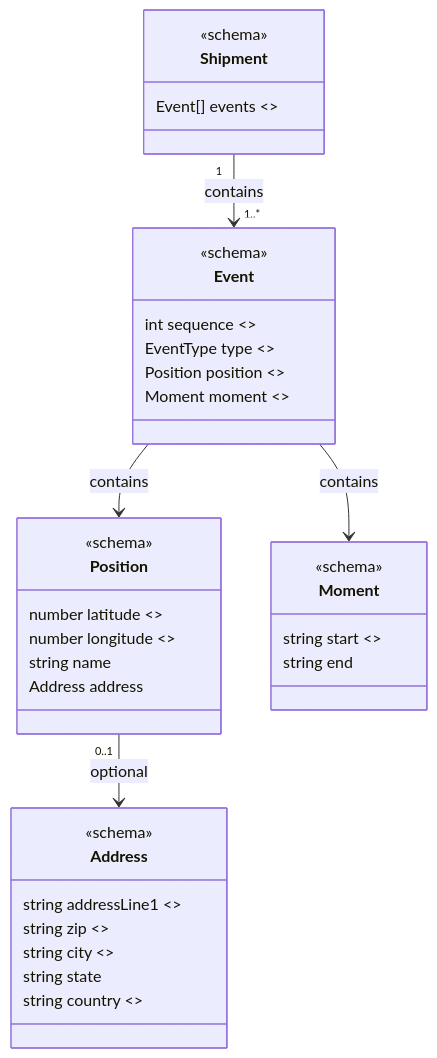
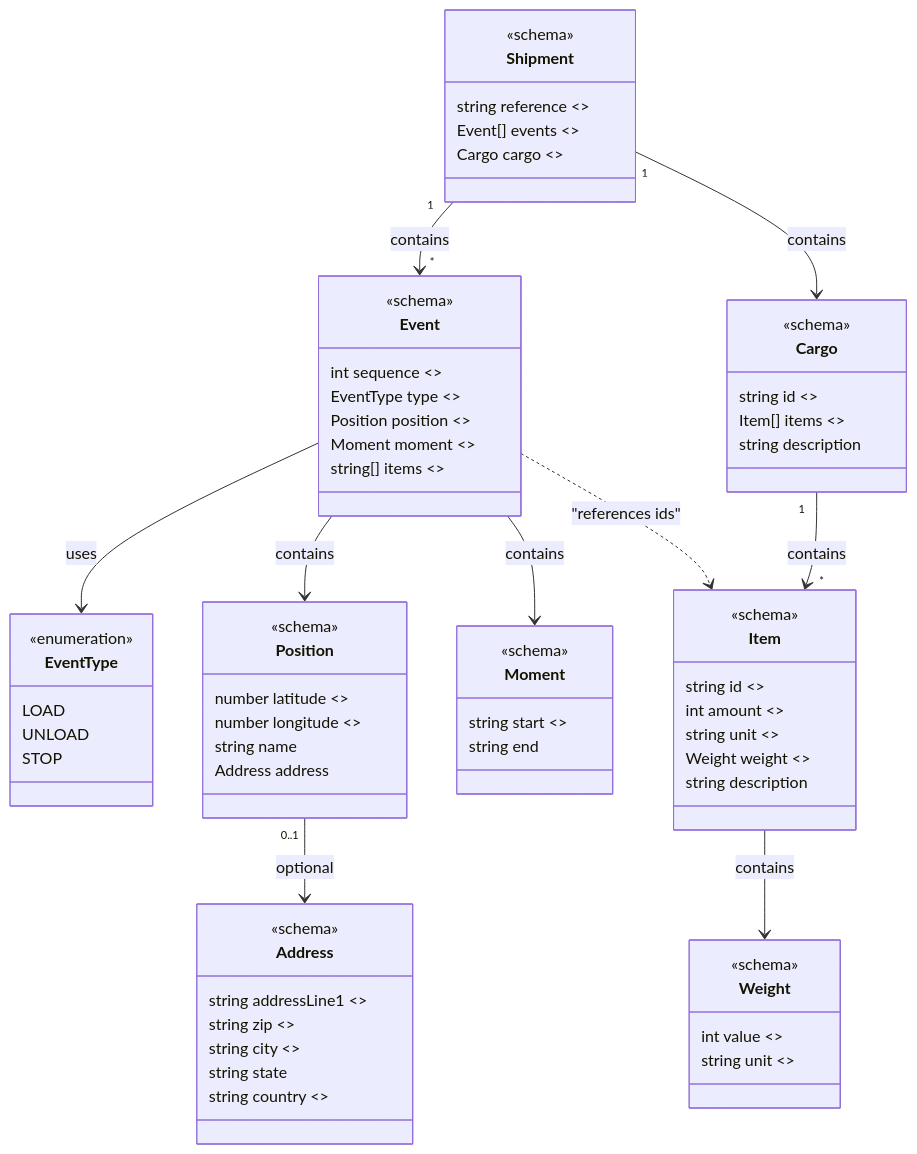
The diagram in README.md (carqo/core), drawn with Mermaid before and after one commit. The commit also changed other lines of this file and 6 other files, not shown here.

First line of the commit message:
Add cargo, item, and weight schemas to shipment model

````diff
--- a/README.md
+++ b/README.md
@@ -7,44 +7,81 @@
 ```mermaid
 classDiagram
 
 class Shipment {
     <<schema>>
+    string reference <<required>>
     Event[] events <<required>>
+    Cargo cargo <<required>>
+}
+
+class Cargo {
+    <<schema>>
+    string id <<required>>
+    Item[] items <<required>>
+    string description
+}
+
+class Item {
+    <<schema>>
+    string id <<required>>
+    int amount <<required>>
+    string unit <<required>>
+    Weight weight <<required>>
+    string description
+}
+
+class Weight {
+    <<schema>>
+    int value <<required>>
+    string unit <<required>>
 }
 
 class Event {
     <<schema>>
     int sequence <<required>>
     EventType type <<required>>
     Position position <<required>>
     Moment moment <<required>>
+    string[] items <<required>>
+}
+
+class EventType {
+    <<enumeration>>
+    LOAD
+    UNLOAD
+    STOP
 }
 
 class Position {
     <<schema>>
     number latitude <<required>>
     number longitude <<required>>
     string name
     Address address
 }
 
 class Address {
     <<schema>>
     string addressLine1 <<required>>
     string zip <<required>>
     string city <<required>>
     string state
     string country <<required>>
 }
 
 class Moment {
     <<schema>>
     string start <<required>>
     string end
 }
 
-Shipment "1" --> "1..*" Event : contains
+Shipment "1" --> "*" Event : contains
+Shipment "1" --> Cargo : contains
+Cargo "1" --> "*" Item : contains
+Item --> Weight : contains
+Event --> EventType : uses
 Event --> Position : contains
 Position "0..1" --> Address : optional
 Event --> Moment : contains
+Event ..> Item : "references ids"
 ```
````
